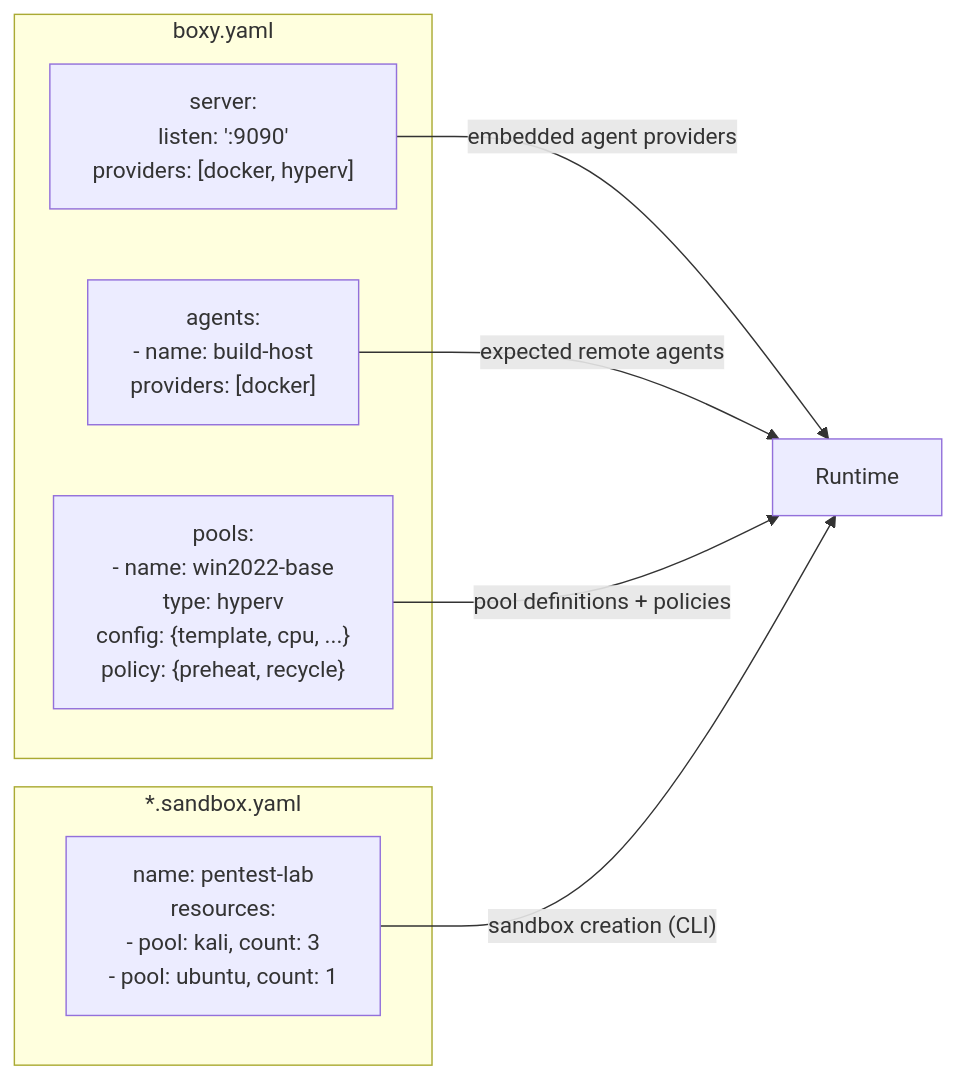
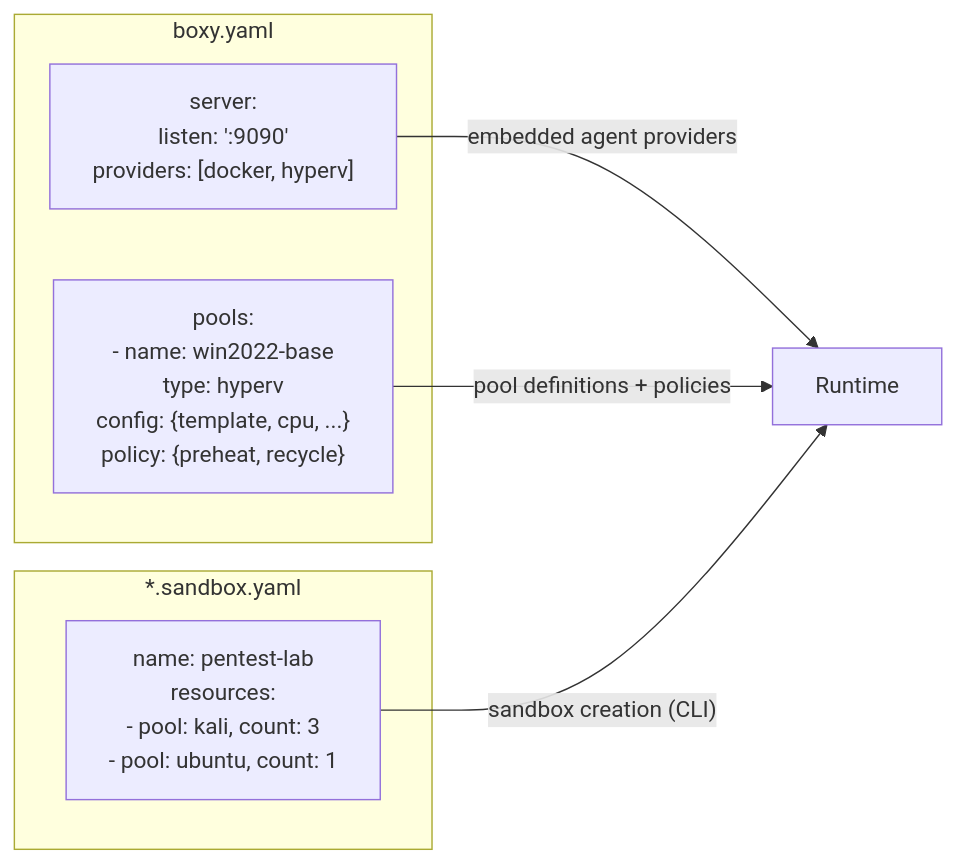
Before and after one commit to Geogboe/boxy: diagram 12 of 12 in docs/architecture.md, drawn with Mermaid. The commit also changed other lines of this file and 5 other files, not shown here.

````diff
--- a/docs/architecture.md
+++ b/docs/architecture.md
@@ -517,17 +520,15 @@
 ```mermaid
 graph LR
     subgraph "boxy.yaml"
         Server["server:<br/>  listen: ':9090'<br/>  providers: [docker, hyperv]"]
-        Agents["agents:<br/>  - name: build-host<br/>    providers: [docker]"]
         Pools["pools:<br/>  - name: win2022-base<br/>    type: hyperv<br/>    config: {template, cpu, ...}<br/>    policy: {preheat, recycle}"]
     end
 
     subgraph "*.sandbox.yaml"
         SBDef["name: pentest-lab<br/>resources:<br/>  - pool: kali, count: 3<br/>  - pool: ubuntu, count: 1"]
     end
 
     Server -->|"embedded agent providers"| Runtime["Runtime"]
-    Agents -->|"expected remote agents"| Runtime
     Pools -->|"pool definitions + policies"| Runtime
     SBDef -->|"sandbox creation (CLI)"| Runtime
 ```
````
